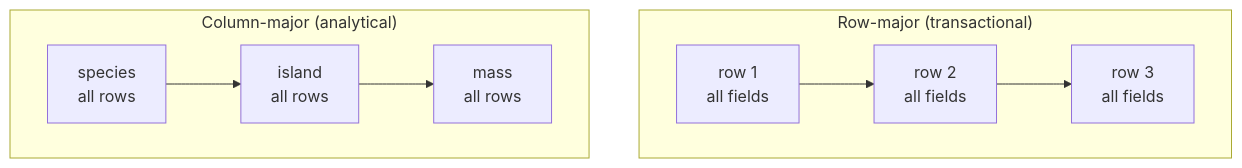
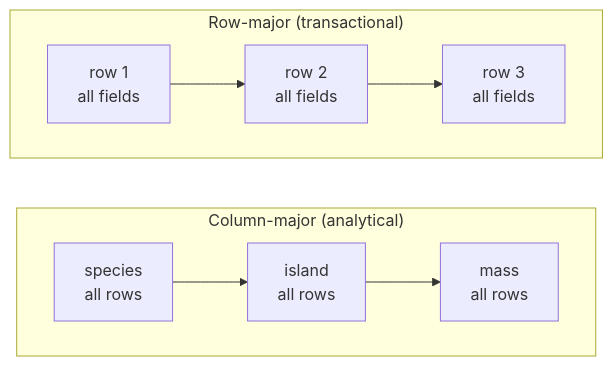
One commit to dataslope/dataslope changed the diagram in content/courses/data-wrangling-python-polars/columnar-memory-and-arrow.mdx. Above: the diagram before and after it, drawn with Mermaid. The commit also changed 2180 other files, not shown here.

````diff
--- a/content/courses/data-wrangling-python-polars/columnar-memory-and-arrow.mdx
+++ b/content/courses/data-wrangling-python-polars/columnar-memory-and-arrow.mdx
@@ -42,11 +36,12 @@
 ```mermaid
 flowchart TB
     subgraph R["Row-major (transactional)"]
         direction LR
         R1["row 1<br/>all fields"] --> R2["row 2<br/>all fields"] --> R3["row 3<br/>all fields"]
     end
     subgraph C["Column-major (analytical)"]
         direction LR
         C1["species<br/>all rows"] --> C2["island<br/>all rows"] --> C3["mass<br/>all rows"]
     end
+    R ~~~ C
 ```
````
